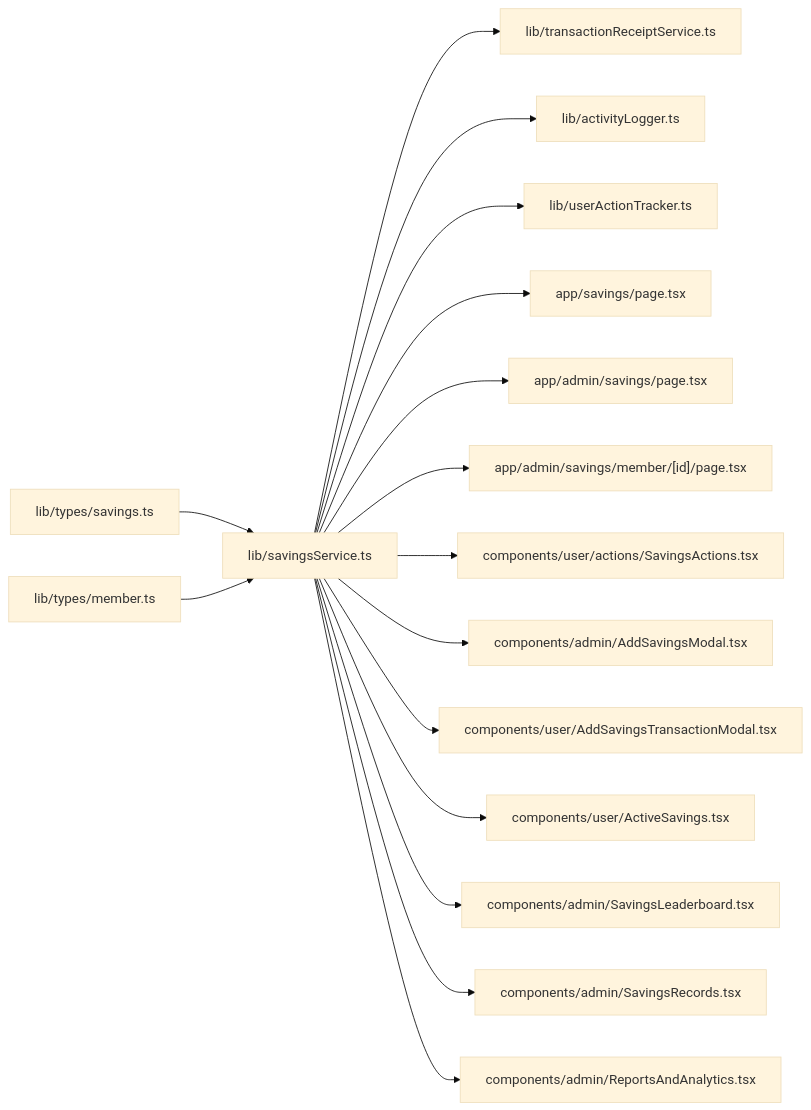
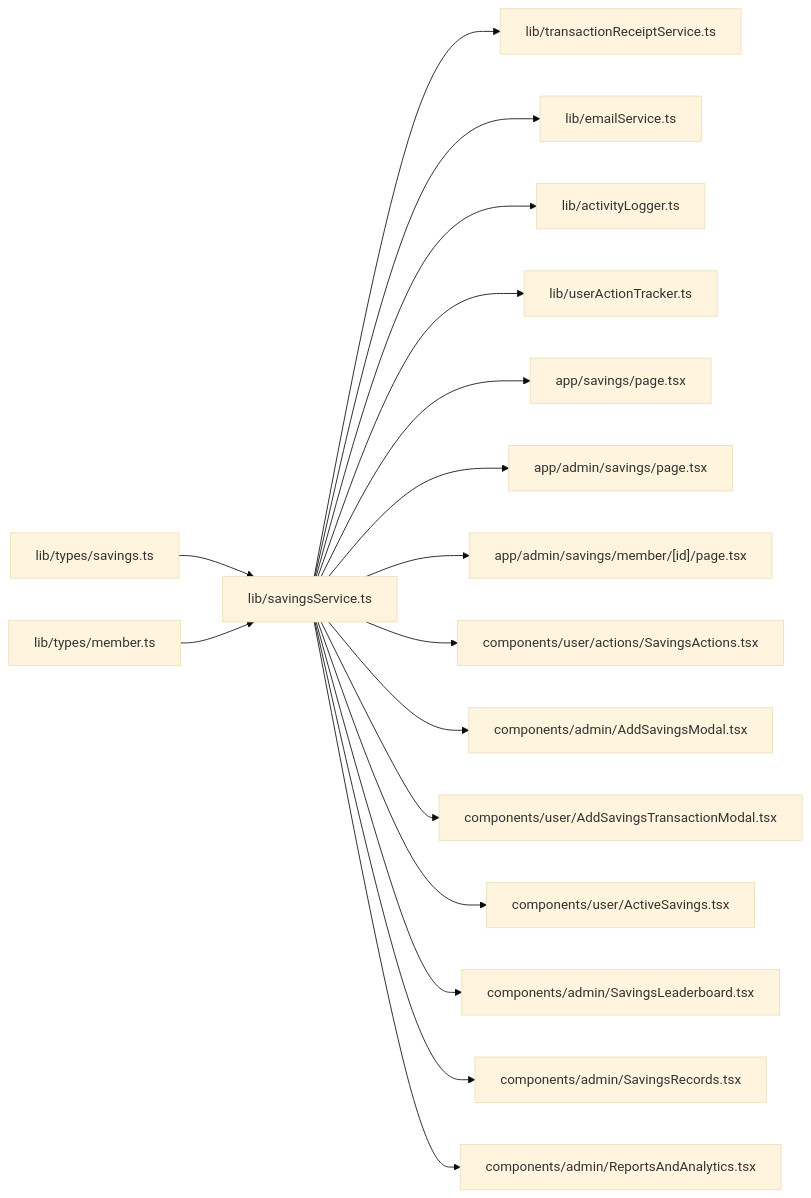
One commit to Unsure-bry/sampacoop_system changed diagram 22 of 22 in .qoder/repowiki/en/content/Savings Management System/Savings Management System.md. Above: the diagram before and after it, drawn with Mermaid (base theme). The commit also changed other lines of this file and 12 other files, not shown here.

````diff
--- a/.qoder/repowiki/en/content/Savings Management System/Savings Management System.md
+++ b/.qoder/repowiki/en/content/Savings Management System/Savings Management System.md
@@ -792,18 +893,19 @@
 ```mermaid
 graph LR
 TS["lib/types/savings.ts"] --> SS["lib/savingsService.ts"]
 TM["lib/types/member.ts"] --> SS
 SS --> TRS["lib/transactionReceiptService.ts"]
+SS --> ES["lib/emailService.ts"]
 SS --> AL["lib/activityLogger.ts"]
 SS --> UAT["lib/userActionTracker.ts"]
 SS --> UP["app/savings/page.tsx"]
 SS --> ADP["app/admin/savings/page.tsx"]
 SS --> MD["app/admin/savings/member/[id]/page.tsx"]
 SS --> UA["components/user/actions/SavingsActions.tsx"]
 SS --> AM["components/admin/AddSavingsModal.tsx"]
 SS --> AT["components/user/AddSavingsTransactionModal.tsx"]
 SS --> AS["components/user/ActiveSavings.tsx"]
 SS --> LB["components/admin/SavingsLeaderboard.tsx"]
 SS --> SR["components/admin/SavingsRecords.tsx"]
 SS --> RA["components/admin/ReportsAndAnalytics.tsx"]
 ```
````
